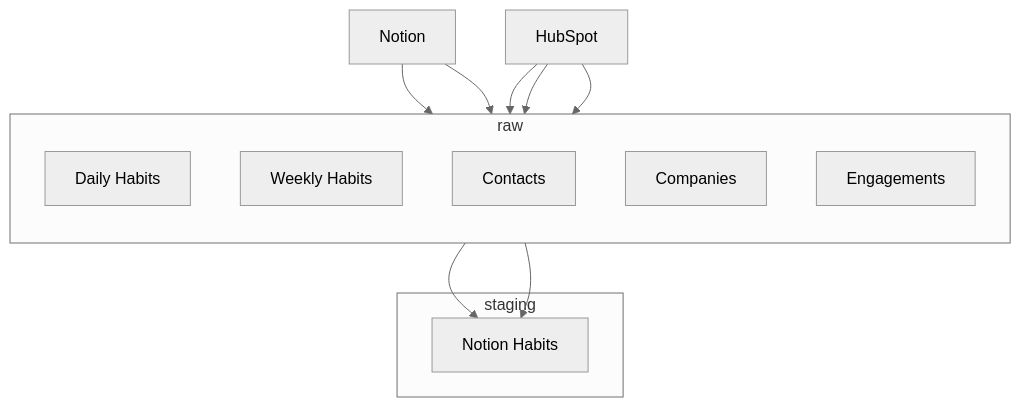
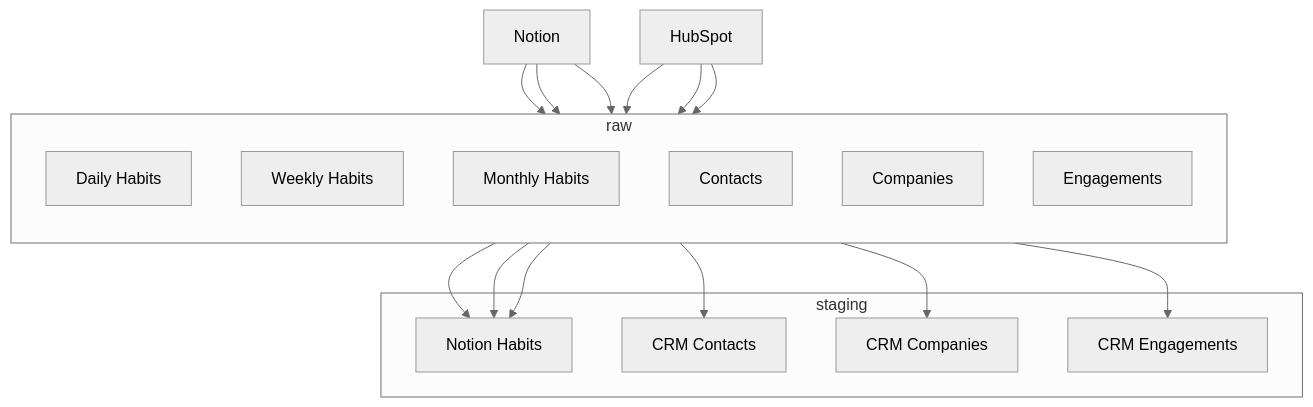
Before and after one commit to michaelconan/personal-reporting-pipelines: the diagram in README.md, drawn with Mermaid (neutral theme).

Commit message:
docs: update readme diagram

````diff
--- a/README.md
+++ b/README.md
@@ -19,31 +19,40 @@
 ```mermaid
 graph TB
 
     %% Sources
     S1[Notion]
     S2[HubSpot]
 
     subgraph raw
         direction TB
-        L1[Daily Habits]
-        L2[Weekly Habits]
-        L3[Contacts]
-        L4[Companies]
-        L5[Engagements]
+        R1[Daily Habits]
+        R2[Weekly Habits]
+        R3[Monthly Habits]
+        R4[Contacts]
+        R5[Companies]
+        R6[Engagements]
+    end
+
+    %% Source to Raw Flows
+    S1 --> R1
+    S1 --> R2
+    S1 --> R3
+    S2 --> R4
+    S2 --> R5
+    S2 --> R6
+
+    subgraph staging
+        C1[Notion Habits]
+        C2[CRM Contacts]
+        C3[CRM Companies]
+        C4[CRM Engagements]
     end
 
     %% Raw to Staging Flows
-    S1 --> L1
-    S1 --> L2
-    S2 --> L3
-    S2 --> L4
-    S2 --> L5
-
-    subgraph staging
-        C1[Notion Habits]
-    end
-
-    %% Staging to Intermediate Flows
-    L1 --> C1
-    L2 --> C1
+    R1 --> C1
+    R2 --> C1
+    R3 --> C1
+    R4 --> C2
+    R5 --> C3
+    R6 --> C4
 ```
````
